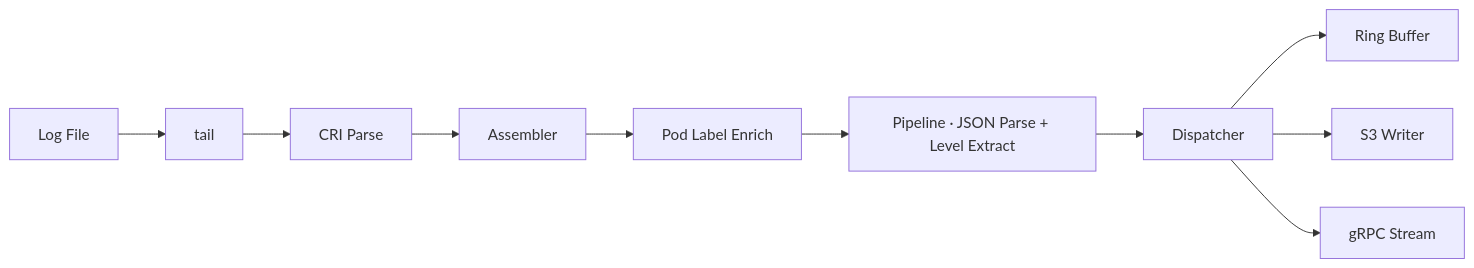
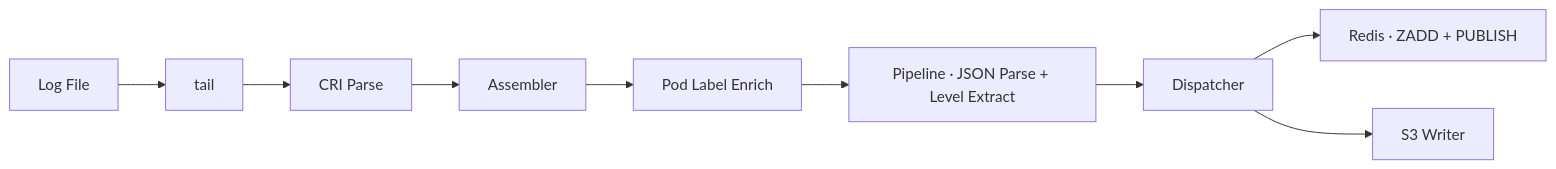
The second of 3 diagrams in docs/architecture.md (interpt-co/flume), drawn with Mermaid before and after one commit. The commit also changed other lines of this file and 40 other files, not shown here.

First line of the commit message:
feat: replace gRPC aggregator with Redis-backed dispatcher

````diff
--- a/docs/architecture.md
+++ b/docs/architecture.md
@@ -81,7 +85,6 @@
 ```mermaid
 graph LR
     A[Log File] --> B[tail] --> C[CRI Parse] --> D[Assembler] --> E[Pod Label Enrich] --> F[Pipeline · JSON Parse + Level Extract] --> G[Dispatcher]
-    G --> H[Ring Buffer]
+    G --> H[Redis · ZADD + PUBLISH]
     G --> I[S3 Writer]
-    G --> J[gRPC Stream]
 ```
````
